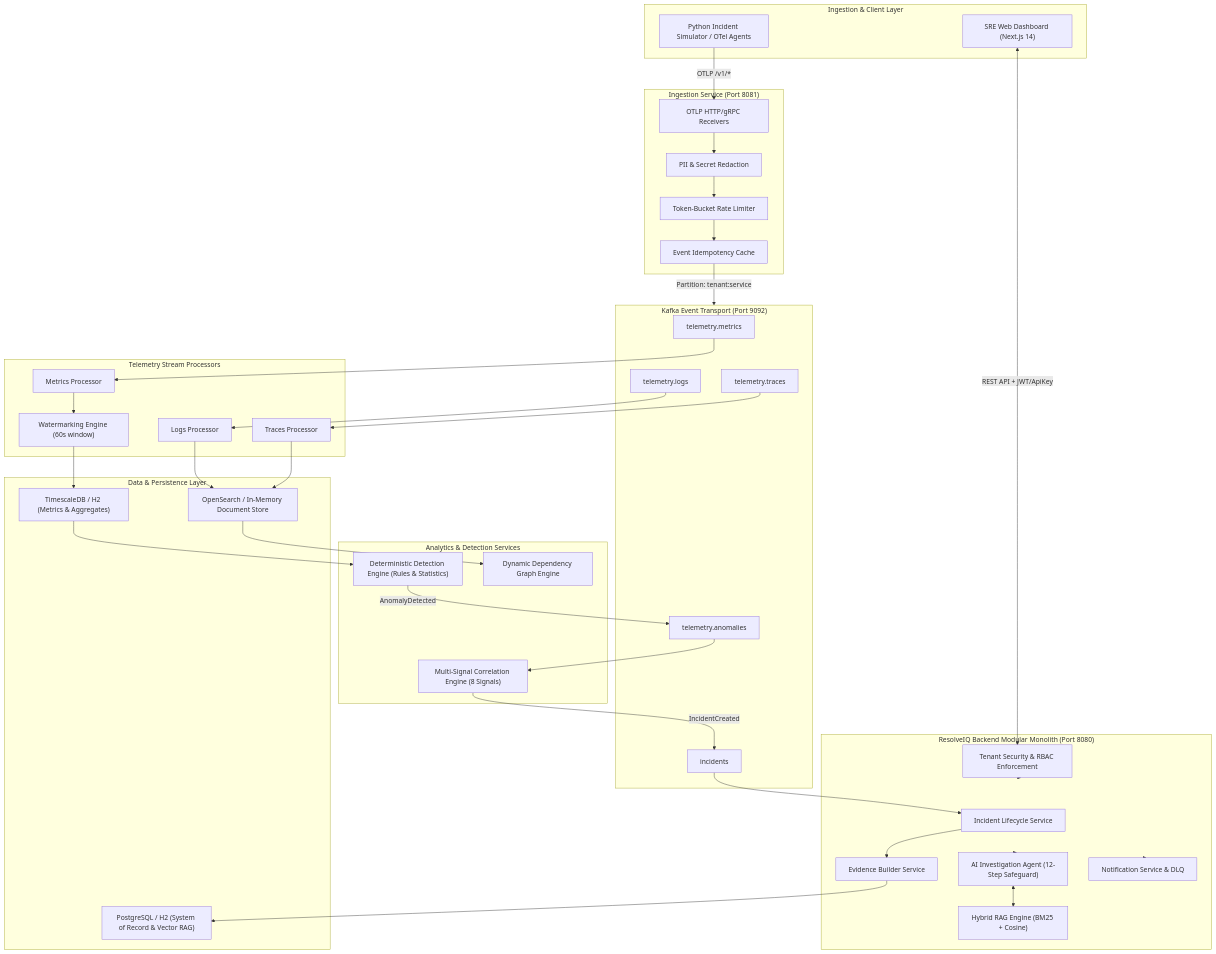
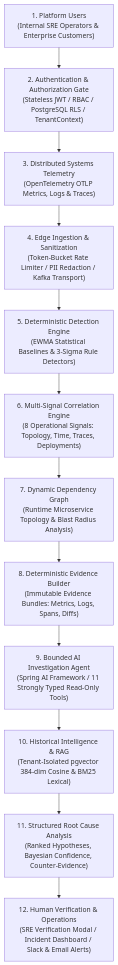
The second of 13 diagrams in README.md (nvsaigokul-sudo/ResolveIQ), drawn with Mermaid before and after one commit. The commit also changed other lines of this file and 26 other files, not shown here.

First line of the commit message:
feat(auth): implement Human Authentication and Customer Access Model with passwordless OTP and admin workflow

````diff
--- a/README.md
+++ b/README.md
@@ -80,72 +106,15 @@
 ```mermaid
-flowchart TB
-    subgraph Clients["Ingestion & Client Layer"]
-        Sim["Python Incident Simulator / OTel Agents"]
-        Browser["SRE Web Dashboard (Next.js 14)"]
-    end
-
-    subgraph IngestionBoundary["Ingestion Service (Port 8081)"]
-        OtlpRecv["OTLP HTTP/gRPC Receivers"]
-        Redact["PII & Secret Redaction"]
-        RateLim["Token-Bucket Rate Limiter"]
-        DedupCache["Event Idempotency Cache"]
-    end
-
-    subgraph Messaging["Kafka Event Transport (Port 9092)"]
-        TopicMetrics["telemetry.metrics"]
-        TopicLogs["telemetry.logs"]
-        TopicTraces["telemetry.traces"]
-        TopicAnomalies["telemetry.anomalies"]
-        TopicIncidents["incidents"]
-    end
-
-    subgraph Processors["Telemetry Stream Processors"]
-        MetricProc["Metrics Processor"]
-        LogProc["Logs Processor"]
-        TraceProc["Traces Processor"]
-        Watermark["Watermarking Engine (60s window)"]
-    end
-
-    subgraph StorageLayer["Data & Persistence Layer"]
-        Timescale["TimescaleDB / H2 (Metrics & Aggregates)"]
-        OpenSearch["OpenSearch / In-Memory Document Store"]
-        Postgres["PostgreSQL / H2 (System of Record & Vector RAG)"]
-    end
-
-    subgraph AnalysisEngine["Analytics & Detection Services"]
-        Detect["Deterministic Detection Engine (Rules & Statistics)"]
-        TopoGraph["Dynamic Dependency Graph Engine"]
-        Correlate["Multi-Signal Correlation Engine (8 Signals)"]
-    end
-
-    subgraph CoreBackend["ResolveIQ Backend Modular Monolith (Port 8080)"]
-        IncService["Incident Lifecycle Service"]
-        EvidBuilder["Evidence Builder Service"]
-        RagEngine["Hybrid RAG Engine (BM25 + Cosine)"]
-        AiInvestigator["AI Investigation Agent (12-Step Safeguard)"]
-        NotifService["Notification Service & DLQ"]
-        SecurityGateway["Tenant Security & RBAC Enforcement"]
-    end
-
-    %% Flow connections
-    Sim -->|OTLP /v1/*| OtlpRecv
-    OtlpRecv --> Redact --> RateLim --> DedupCache -->|Partition: tenant:service| Messaging
-    
-    TopicMetrics --> MetricProc --> Watermark --> Timescale
-    TopicLogs --> LogProc --> OpenSearch
-    TopicTraces --> TraceProc --> OpenSearch
-    
-    Timescale --> Detect -->|AnomalyDetected| TopicAnomalies
-    OpenSearch --> TopoGraph
-    TopicAnomalies --> Correlate -->|IncidentCreated| TopicIncidents
-    
-    TopicIncidents --> IncService
-    IncService --> EvidBuilder
-    EvidBuilder --> Postgres
-    
-    Browser <-->|REST API + JWT/ApiKey| SecurityGateway
-    SecurityGateway --> CoreBackend
-    CoreBackend --> AiInvestigator
-    AiInvestigator <--> RagEngine
-    CoreBackend --> NotifService
+flowchart TD
+    Users["1. Platform Users<br/>(Internal SRE Operators & Enterprise Customers)"]
+    --> Auth["2. Authentication & Authorization Gate<br/>(Stateless JWT / RBAC / PostgreSQL RLS / TenantContext)"]
+    --> Telemetry["3. Distributed Systems Telemetry<br/>(OpenTelemetry OTLP Metrics, Logs & Traces)"]
+    --> Ingestion["4. Edge Ingestion & Sanitization<br/>(Token-Bucket Rate Limiter / PII Redaction / Kafka Transport)"]
+    --> Detection["5. Deterministic Detection Engine<br/>(EWMA Statistical Baselines & 3-Sigma Rule Detectors)"]
+    --> Correlation["6. Multi-Signal Correlation Engine<br/>(8 Operational Signals: Topology, Time, Traces, Deployments)"]
+    --> DepGraph["7. Dynamic Dependency Graph<br/>(Runtime Microservice Topology & Blast Radius Analysis)"]
+    --> Evidence["8. Deterministic Evidence Builder<br/>(Immutable Evidence Bundles: Metrics, Logs, Spans, Diffs)"]
+    --> AiAgent["9. Bounded AI Investigation Agent<br/>(Spring AI Framework / 11 Strongly Typed Read-Only Tools)"]
+    --> Rag["10. Historical Intelligence & RAG<br/>(Tenant-Isolated pgvector 384-dim Cosine & BM25 Lexical)"]
+    --> Rca["11. Structured Root Cause Analysis<br/>(Ranked Hypotheses, Bayesian Confidence, Counter-Evidence)"]
+    --> Action["12. Human Verification & Operations<br/>(SRE Verification Modal / Incident Dashboard / Slack & Email Alerts)"]
 ```
````
